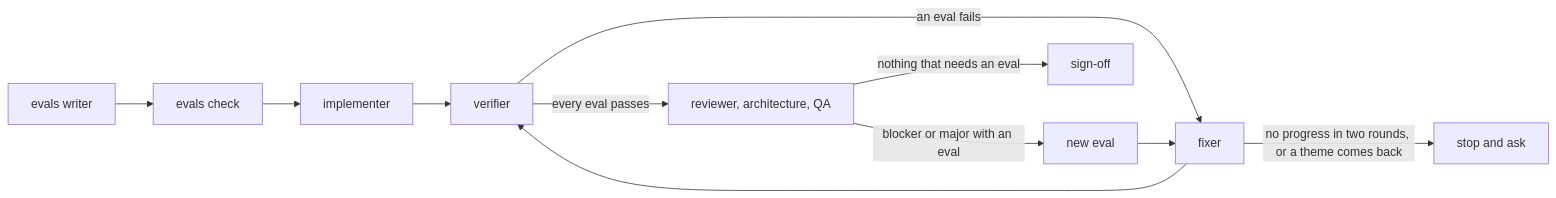
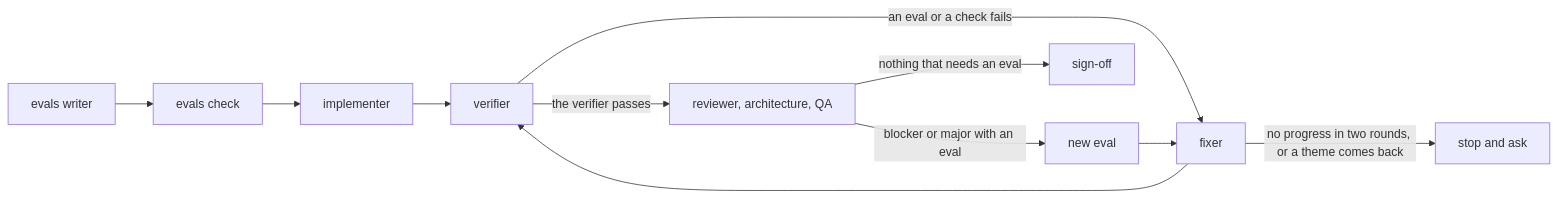
Before and after one commit to alfhen/agent-pr-pipeline: the first of 2 diagrams in docs/plan-0.9.0.md, drawn with Mermaid. The commit also changed other lines of this file, not shown here.

Commit message:
Plan 0.9.0: gate reviewers on the verifier outcome, one rule for resume evals

````diff
--- a/docs/plan-0.9.0.md
+++ b/docs/plan-0.9.0.md
@@ -53,9 +53,9 @@
 ```mermaid
 flowchart LR
   W[evals writer] --> K[evals check] --> I[implementer] --> V[verifier]
-  V -- an eval fails --> F[fixer] --> V
-  V -- every eval passes --> R[reviewer, architecture, QA]
+  V -- an eval or a check fails --> F[fixer] --> V
+  V -- the verifier passes --> R[reviewer, architecture, QA]
   R -- blocker or major with an eval --> N[new eval] --> F
   R -- nothing that needs an eval --> S[sign-off]
   F -- no progress in two rounds, or a theme comes back --> H[stop and ask]
 ```
````
